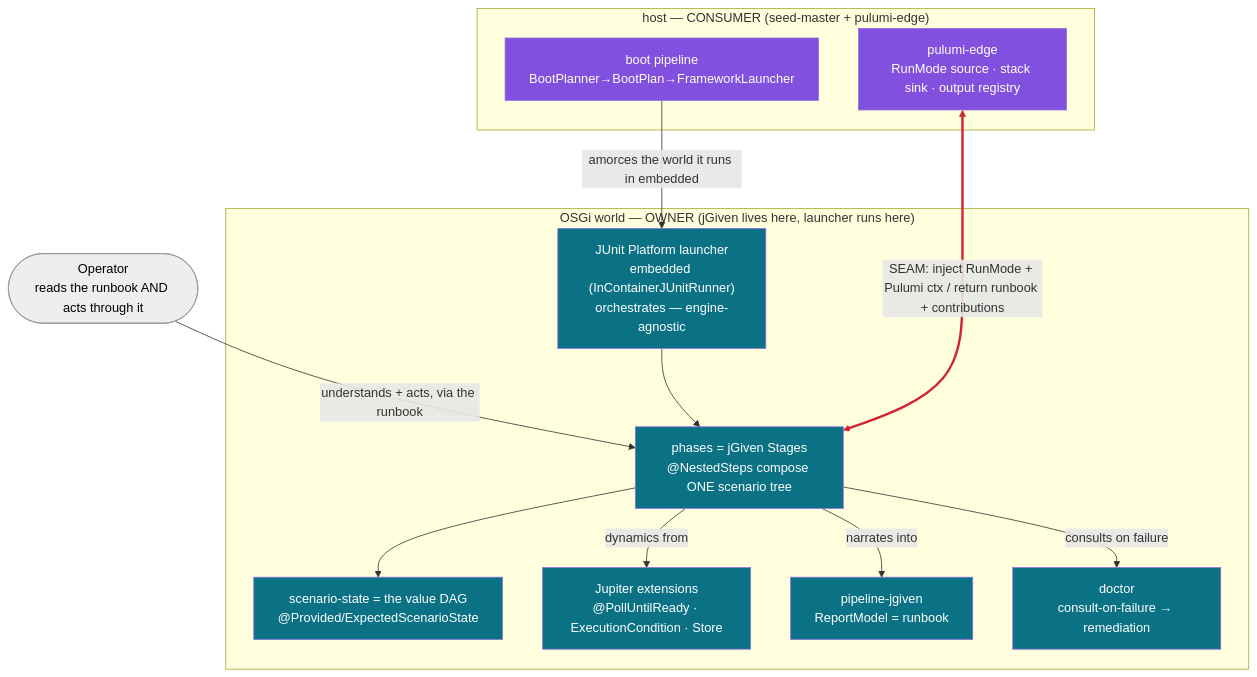
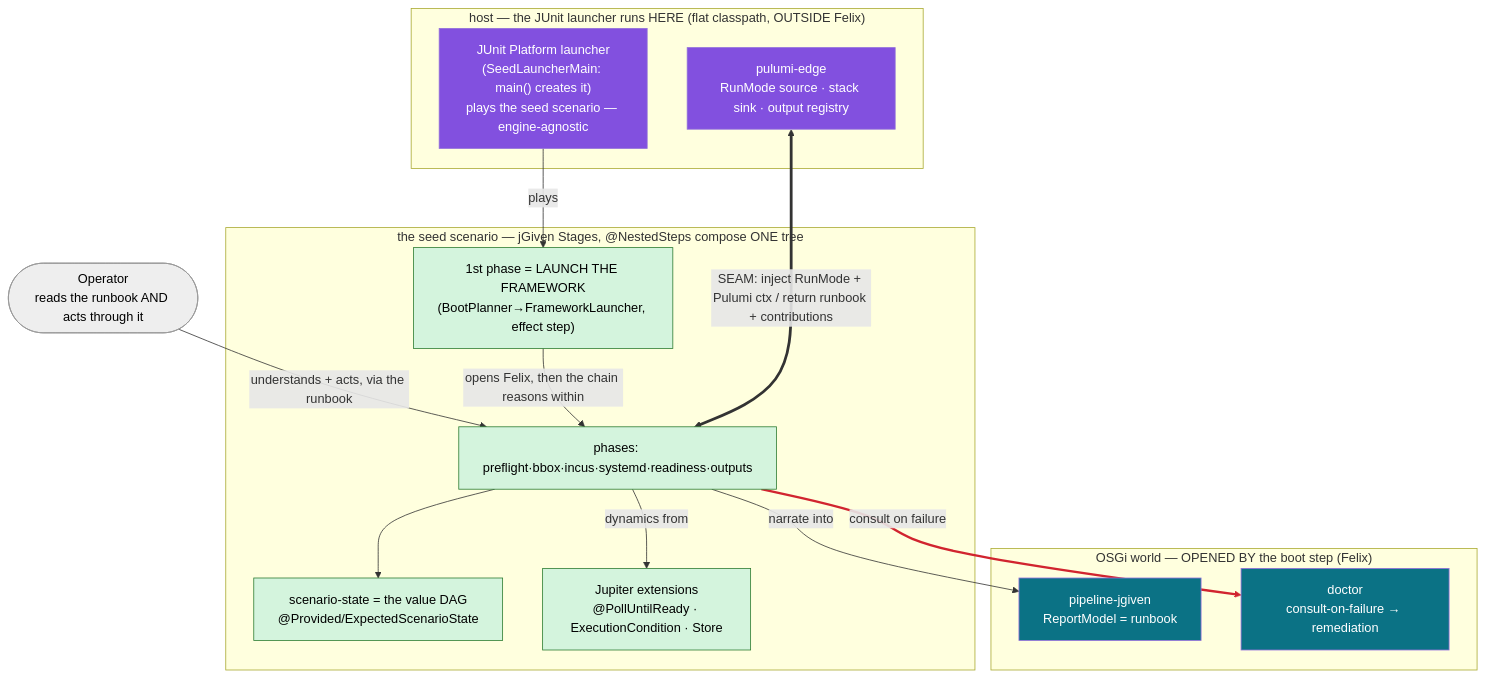
Before and after one commit to nxmatic/rke2lab: the third of 4 diagrams in docs/architecture/osgi/pipeline-spec.adoc, drawn with Mermaid. The commit also changed other lines of this file and 1 other file, not shown here.

First line of the commit message:
docs(pipeline): the boot migrates too — grammar dissolves entirely, and fix the SPEC_COVERAGE claim

```diff
--- a/docs/architecture/osgi/pipeline-spec.adoc
+++ b/docs/architecture/osgi/pipeline-spec.adoc
@@ -273,32 +282,36 @@
 [mermaid]
 ....
 flowchart TB
   operator(["Operator<br/>reads the runbook AND acts through it"])
-  subgraph osgi["OSGi world — OWNER (jGiven lives here, launcher runs here)"]
-    launch["JUnit Platform launcher<br/>embedded (InContainerJUnitRunner)<br/>orchestrates — engine-agnostic"]
-    scn["phases = jGiven Stages<br/>@NestedSteps compose ONE scenario tree"]
+  subgraph host["host — the JUnit launcher runs HERE (flat classpath, OUTSIDE Felix)"]
+    launch["JUnit Platform launcher<br/>(SeedLauncherMain: main() creates it)<br/>plays the seed scenario — engine-agnostic"]
+    edge["pulumi-edge<br/>RunMode source · stack sink · output registry"]
+  end
+  subgraph scn["the seed scenario — jGiven Stages, @NestedSteps compose ONE tree"]
+    boot["1st phase = LAUNCH THE FRAMEWORK<br/>(BootPlanner→FrameworkLauncher, effect step)"]
+    phases["phases: preflight·bbox·incus·systemd·readiness·outputs"]
     state["scenario-state = the value DAG<br/>@Provided/ExpectedScenarioState"]
     ext["Jupiter extensions<br/>@PollUntilReady · ExecutionCondition · Store"]
+  end
+  subgraph osgi["OSGi world — OPENED BY the boot step (Felix)"]
     jg["pipeline-jgiven<br/>ReportModel = runbook"]
     doctor["doctor<br/>consult-on-failure → remediation"]
   end
-  subgraph host["host — CONSUMER (seed-master + pulumi-edge)"]
-    boot["boot pipeline<br/>BootPlanner→BootPlan→FrameworkLauncher"]
-    edge["pulumi-edge<br/>RunMode source · stack sink · output registry"]
-  end
-  operator -->|understands + acts, via the runbook| scn
-  launch --> scn
-  scn --> state
-  scn -->|dynamics from| ext
-  scn -->|narrates into| jg
-  scn -->|consults on failure| doctor
-  boot -->|amorces the world it runs in embedded| launch
-  edge <==>|"SEAM: inject RunMode + Pulumi ctx / return runbook + contributions"| scn
+  operator -->|understands + acts, via the runbook| phases
+  launch -->|plays| boot
+  boot -->|opens Felix, then the chain reasons within| phases
+  phases --> state
+  phases -->|dynamics from| ext
+  phases -->|narrate into| jg
+  phases -->|consult on failure| doctor
+  edge <==>|"SEAM: inject RunMode + Pulumi ctx / return runbook + contributions"| phases
   classDef world fill:#0b7285,color:#fff;
   classDef hostc fill:#8250df,color:#fff;
+  classDef scnc fill:#d4f4dd,stroke:#2e7d32,color:#000;
   classDef person fill:#eee,stroke:#999,color:#000;
-  class launch,scn,state,ext,jg,doctor world
-  class boot,edge hostc
+  class jg,doctor world
+  class launch,edge hostc
+  class boot,phases,state,ext scnc
   class operator person
-  linkStyle 7 stroke:#d1242f,stroke-width:3px;
+  linkStyle 6 stroke:#d1242f,stroke-width:3px;
 ....
```
